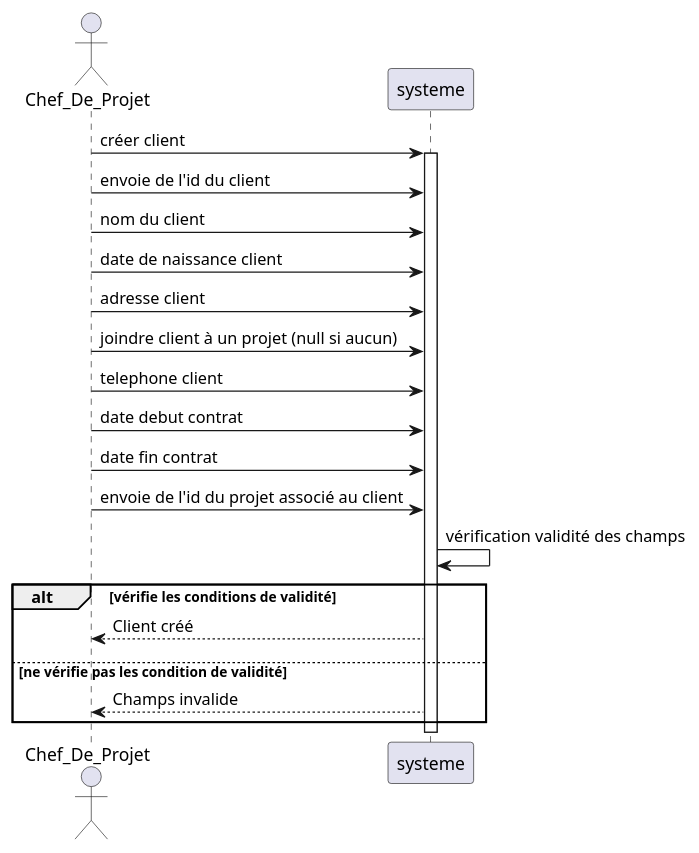
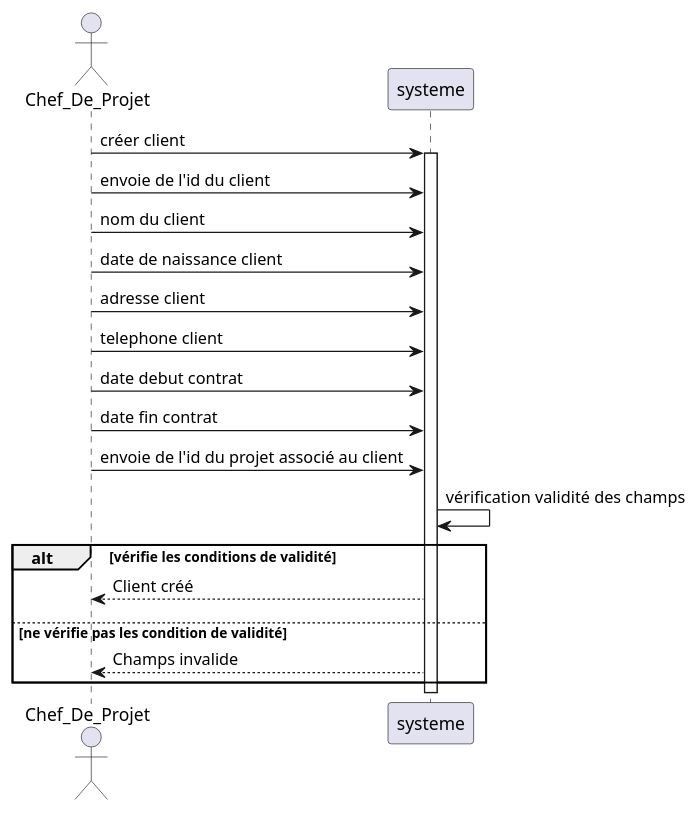
The diagram in doc/Diagrammes_sequence/UC_creer_client.plantuml (Xuxin2333/ptut-v1), drawn with PlantUML before and after one commit.

```diff
--- a/doc/Diagrammes_sequence/UC_creer_client.plantuml
+++ b/doc/Diagrammes_sequence/UC_creer_client.plantuml
@@ -1,29 +1,28 @@
 @startuml
 ' diagramme de séquences systeme pour use case "créer client"
 
 actor Chef_De_Projet
 
 Chef_De_Projet -> systeme : créer client
 
 activate systeme
 
 Chef_De_Projet -> systeme : envoie de l'id du client
 Chef_De_Projet -> systeme : nom du client
 Chef_De_Projet -> systeme : date de naissance client
 Chef_De_Projet -> systeme : adresse client
-Chef_De_Projet -> systeme : joindre client à un projet (null si aucun)
 Chef_De_Projet -> systeme : telephone client
 Chef_De_Projet -> systeme : date debut contrat
 Chef_De_Projet -> systeme : date fin contrat
 Chef_De_Projet -> systeme : envoie de l'id du projet associé au client 
 
 systeme -> systeme : vérification validité des champs
 
 alt vérifie les conditions de validité
 systeme --> Chef_De_Projet : Client créé
 ||10||
 else ne vérifie pas les condition de validité 
 systeme --> Chef_De_Projet : Champs invalide
 end
 
 @enduml
```
